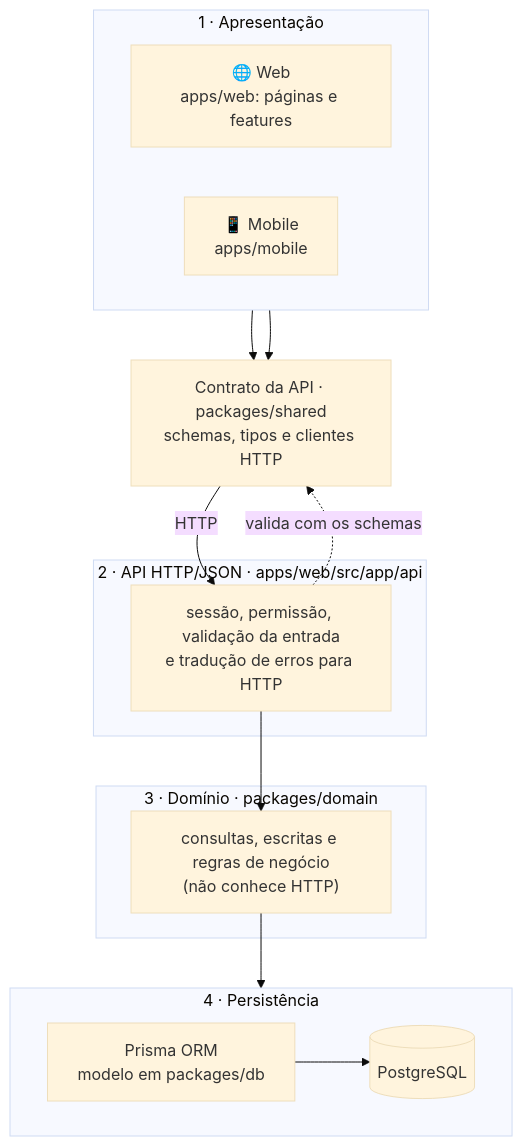
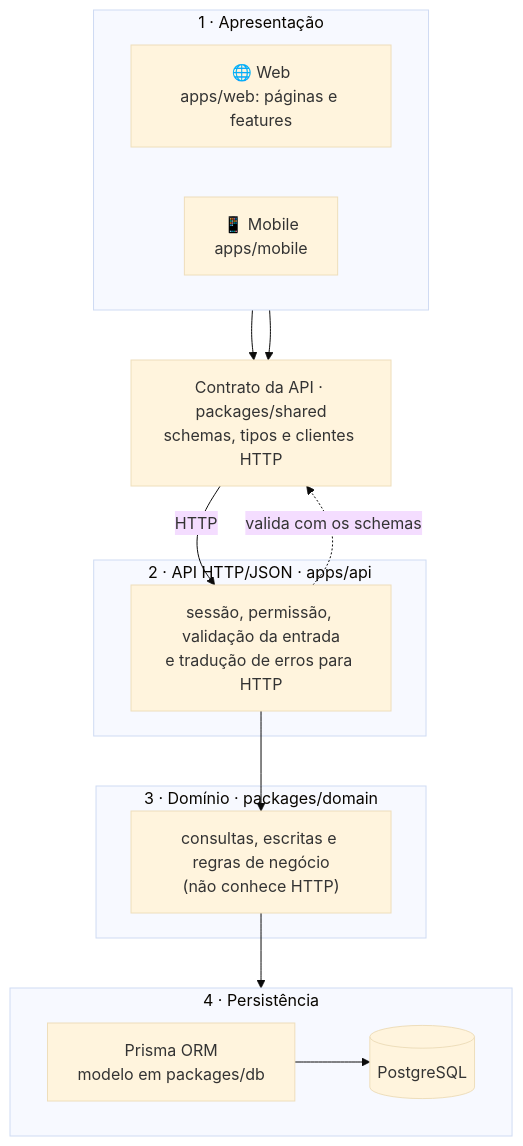
One commit to FelipeMzero/ifarm-preview changed the first of 2 diagrams in docs/architecture.md. Above: the diagram before and after it, drawn with Mermaid (base theme). The commit also changed other lines of this file and 108 other files, not shown here.

Commit message:
Api como um app separado

````diff
--- a/docs/architecture.md
+++ b/docs/architecture.md
@@ -9,32 +9,32 @@
 ```mermaid
 flowchart TB
   subgraph L1["1 · Apresentação"]
     direction LR
     Web["🌐 Web<br/>apps/web: páginas e features"]
     App["📱 Mobile<br/>apps/mobile"]
   end
 
   Contract["Contrato da API · packages/shared<br/>schemas, tipos e clientes HTTP"]
 
-  subgraph L2["2 · API HTTP/JSON · apps/web/src/app/api"]
+  subgraph L2["2 · API HTTP/JSON · apps/api"]
     Api["sessão, permissão, validação da entrada<br/>e tradução de erros para HTTP"]
   end
 
   subgraph L3["3 · Domínio · packages/domain"]
     Domain["consultas, escritas e regras de negócio<br/>(não conhece HTTP)"]
   end
 
   subgraph L4["4 · Persistência"]
     direction LR
     Prisma["Prisma ORM<br/>modelo em packages/db"]
     DB[("PostgreSQL")]
   end
 
   Web --> Contract
   App --> Contract
   Contract -- "HTTP" --> Api
   Api -. "valida com os schemas" .-> Contract
   Api --> Domain
   Domain --> Prisma
   Prisma --> DB
 ```
````
